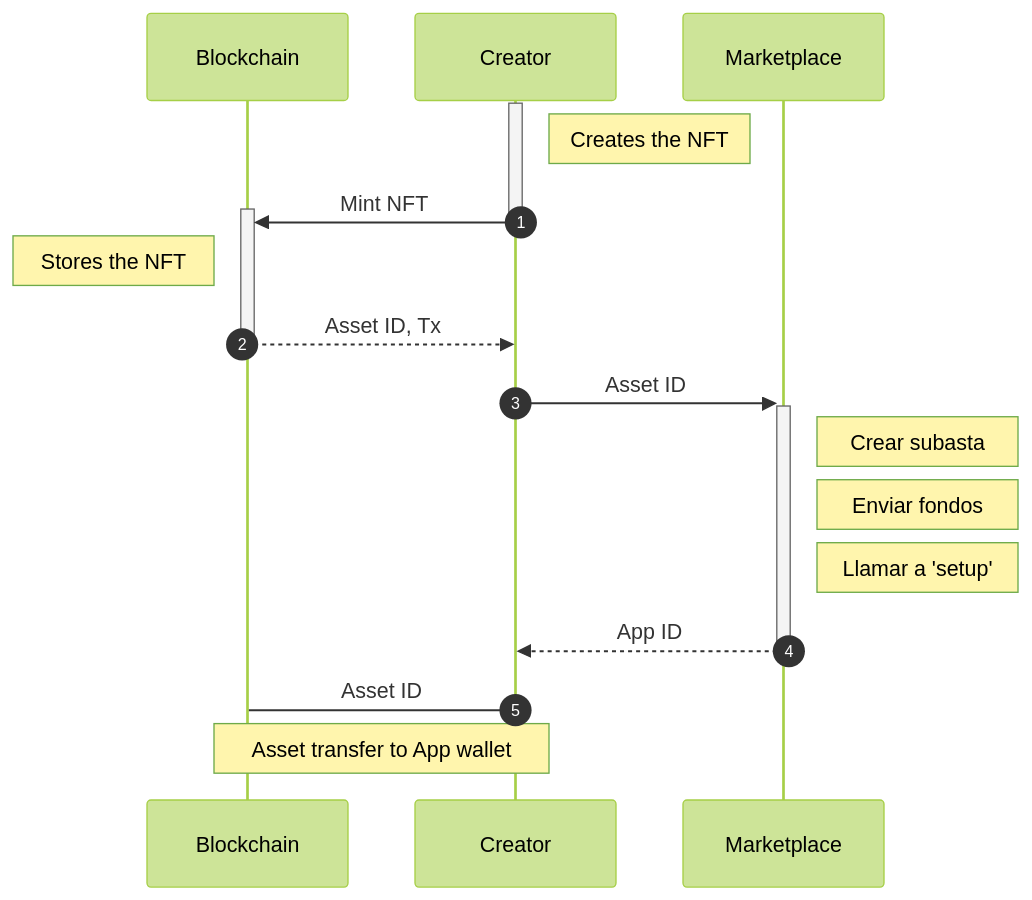
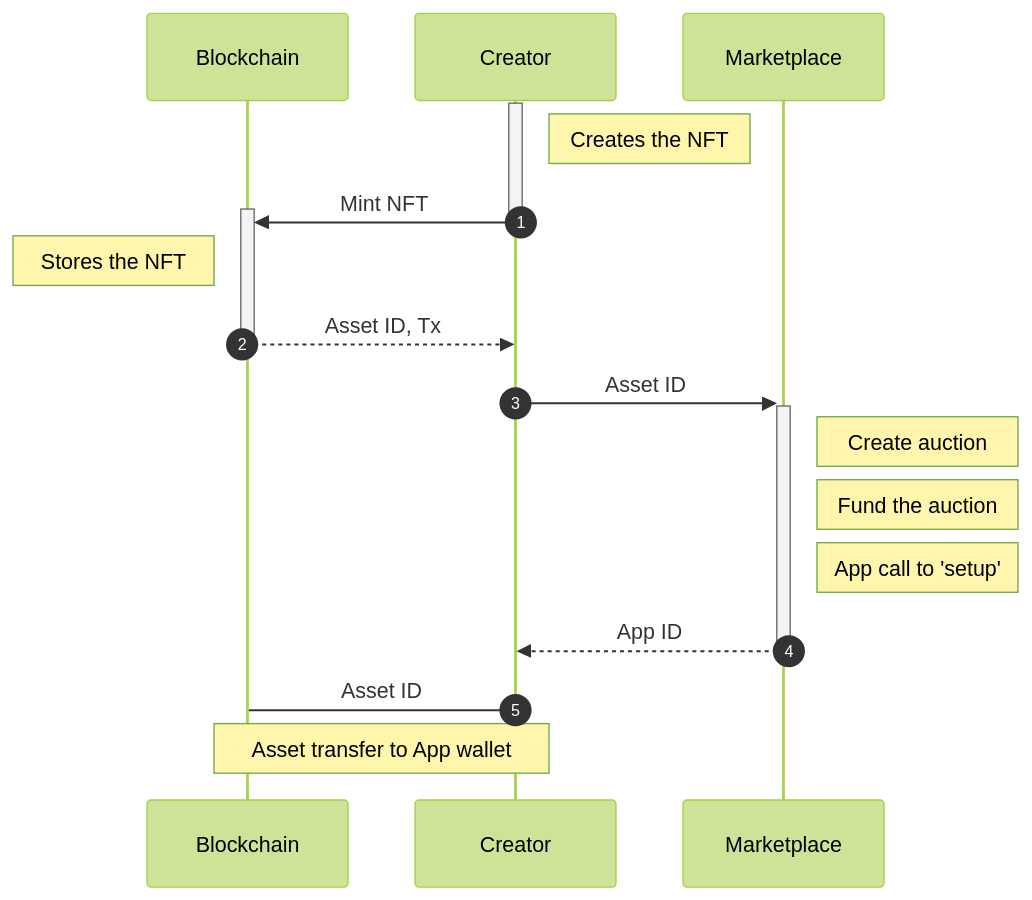
Before and after one commit to matamicenclimate/2_nft-common: the diagram in README.md, drawn with Mermaid (forest theme).

````diff
--- a/README.md
+++ b/README.md
@@ -16,25 +16,25 @@
 ```mermaid
 sequenceDiagram
     participant B as Blockchain
     participant C as Creator
     participant M as Marketplace
     link B: Algorand docs @ https://developer.algorand.org/
     link B: Auction demo @ https://github.com/algorand/auction-demo/blob/407db6a5c0f90a47680c2fca5aaed26dc4592e8d/example.py#L24
     link B: Examples @ https://developer.algorand.org/docs/get-details/dapps/smart-contracts/frontend/apps/
     link C: App repository @ https://github.com/Dekalabs/climate-nft-marketplace-app
     link M: Server repository @ https://github.com/Dekalabs/climate-nft-marketplace-api
     autonumber
     activate C
     note right of C: Creates the NFT
     C->>+B: Mint NFT
     deactivate C
     note left of B: Stores the NFT
     B-->>-C: Asset ID, Tx
     C->>+M: Asset ID
-    note right of M: Crear subasta
-    note right of M: Enviar fondos
-    note right of M: Llamar a 'setup'
+    note right of M: Create auction
+    note right of M: Fund the auction
+    note right of M: App call to 'setup'
     M-->>-C: App ID
     C->B: Asset ID
     note over B, C: Asset transfer to App wallet
 ```
````
